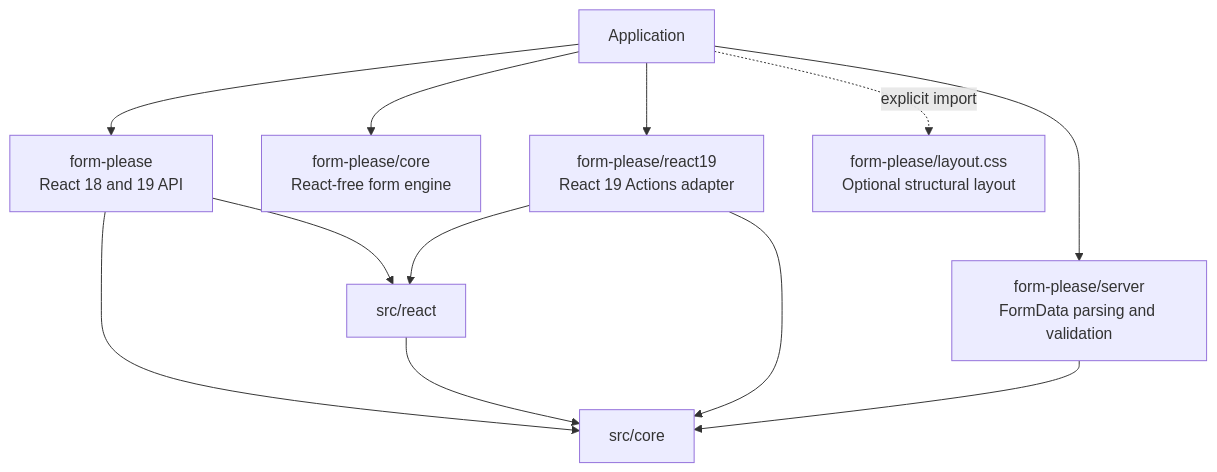
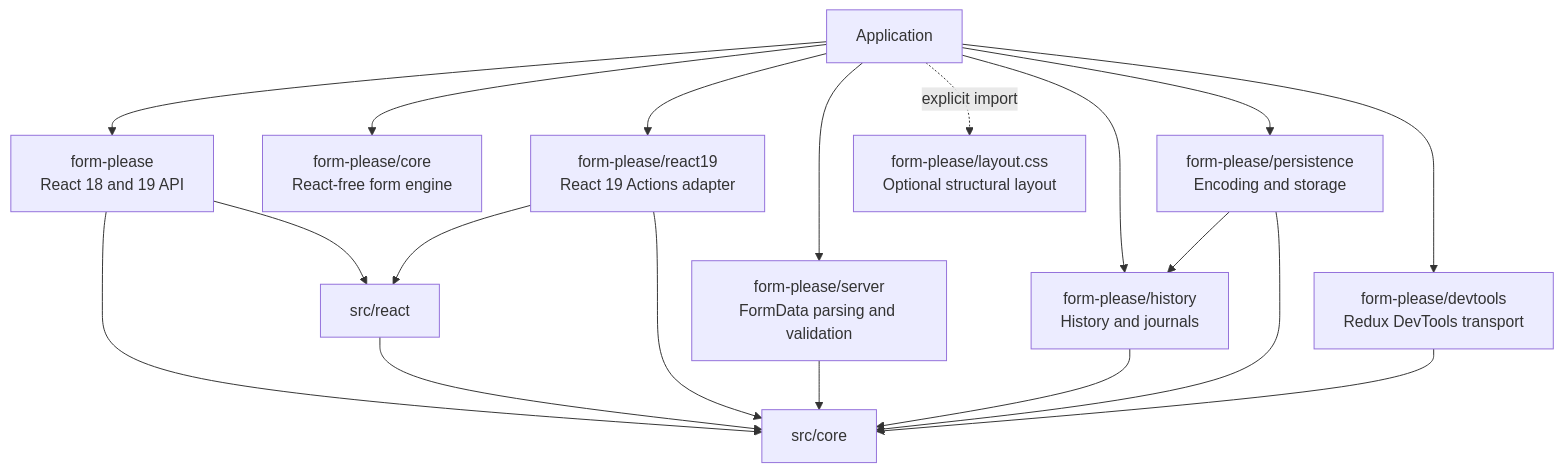
One commit to r13v/fokit changed the diagram in docs/ARCHITECTURE.md. Above: the diagram before and after it, drawn with Mermaid. The commit also changed other lines of this file and 44 other files, not shown here.

````diff
--- a/docs/ARCHITECTURE.md
+++ b/docs/ARCHITECTURE.md
@@ -21,26 +21,36 @@
 ```mermaid
 flowchart TD
     App["Application"]
 
     Main["form-please<br/>React 18 and 19 API"]
     Core["form-please/core<br/>React-free form engine"]
     React19["form-please/react19<br/>React 19 Actions adapter"]
     Server["form-please/server<br/>FormData parsing and validation"]
+    History["form-please/history<br/>History and journals"]
+    Persistence["form-please/persistence<br/>Encoding and storage"]
+    DevTools["form-please/devtools<br/>Redux DevTools transport"]
     CSS["form-please/layout.css<br/>Optional structural layout"]
 
     ReactLayer["src/react"]
     CoreLayer["src/core"]
 
     App --> Main
     App --> Core
     App --> React19
     App --> Server
+    App --> History
+    App --> Persistence
+    App --> DevTools
     App -. explicit import .-> CSS
 
     Main --> ReactLayer
     Main --> CoreLayer
     ReactLayer --> CoreLayer
     React19 --> ReactLayer
     React19 --> CoreLayer
     Server --> CoreLayer
+    History --> CoreLayer
+    Persistence --> CoreLayer
+    Persistence --> History
+    DevTools --> CoreLayer
 ```
````
